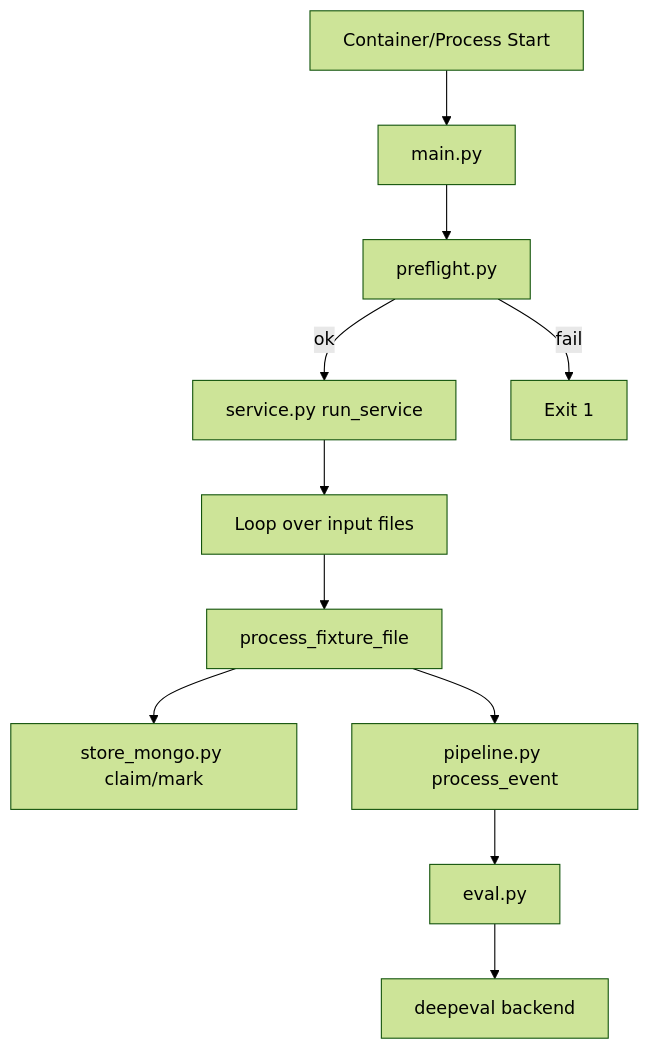
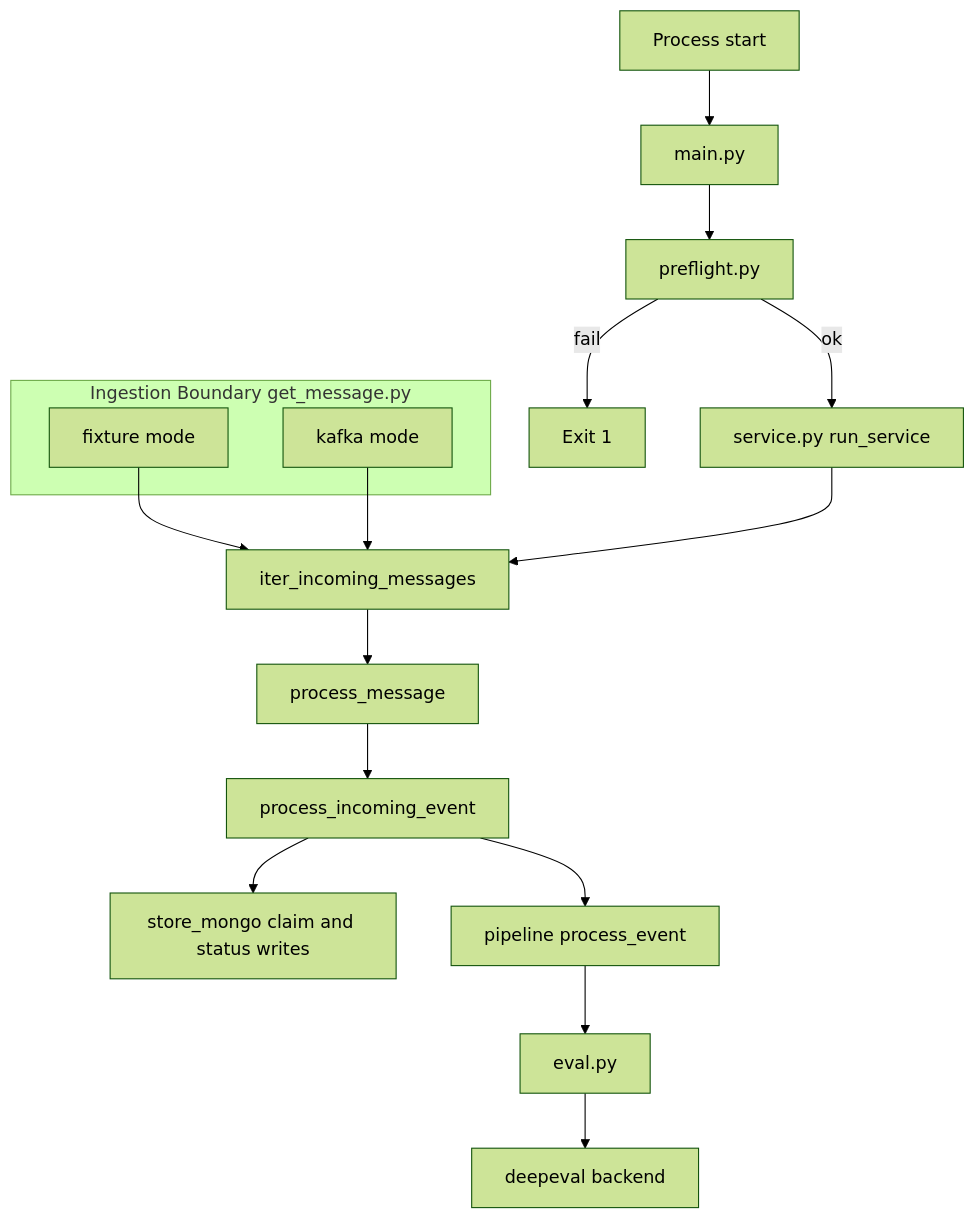
The third of 3 diagrams in docs/flowcharts.md (JaakkoLipp/Thesis_LLM_DeepEval_OSS), drawn with Mermaid (forest theme) before and after one commit. The commit also changed other lines of this file and 13 other files, not shown here.

First line of the commit message:
Refactor service and message processing architecture

````diff
--- a/docs/flowcharts.md
+++ b/docs/flowcharts.md
@@ -57,14 +55,23 @@
 ```mermaid
 flowchart TD
-    A[Container/Process Start] --> B[main.py]
+    A[Process start] --> B[main.py]
     B --> C[preflight.py]
     C -->|ok| D[service.py run_service]
     C -->|fail| E[Exit 1]
 
-    D --> F[Loop over input files]
-    F --> G[process_fixture_file]
-    G --> H[store_mongo.py claim/mark]
-    G --> I[pipeline.py process_event]
-    I --> J[eval.py]
-    J --> K[deepeval backend]
+    subgraph Ingestion Boundary get_message.py
+      F1[fixture mode]
+      F2[kafka mode]
+    end
+
+    F1 --> G[iter_incoming_messages]
+    F2 --> G
+
+    D --> G
+    G --> H[process_message]
+    H --> I[process_incoming_event]
+    I --> J[store_mongo claim and status writes]
+    I --> K[pipeline process_event]
+    K --> L[eval.py]
+    L --> M[deepeval backend]
 ```
````
